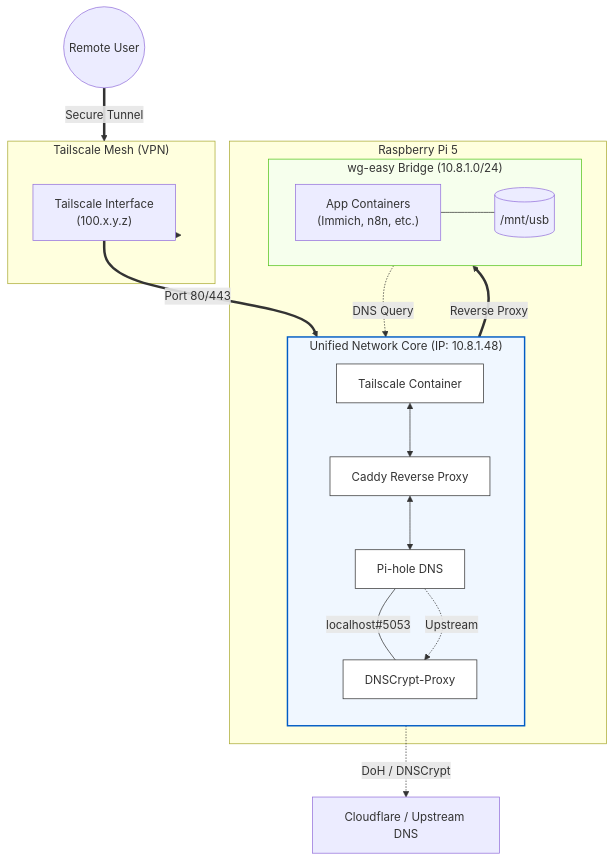
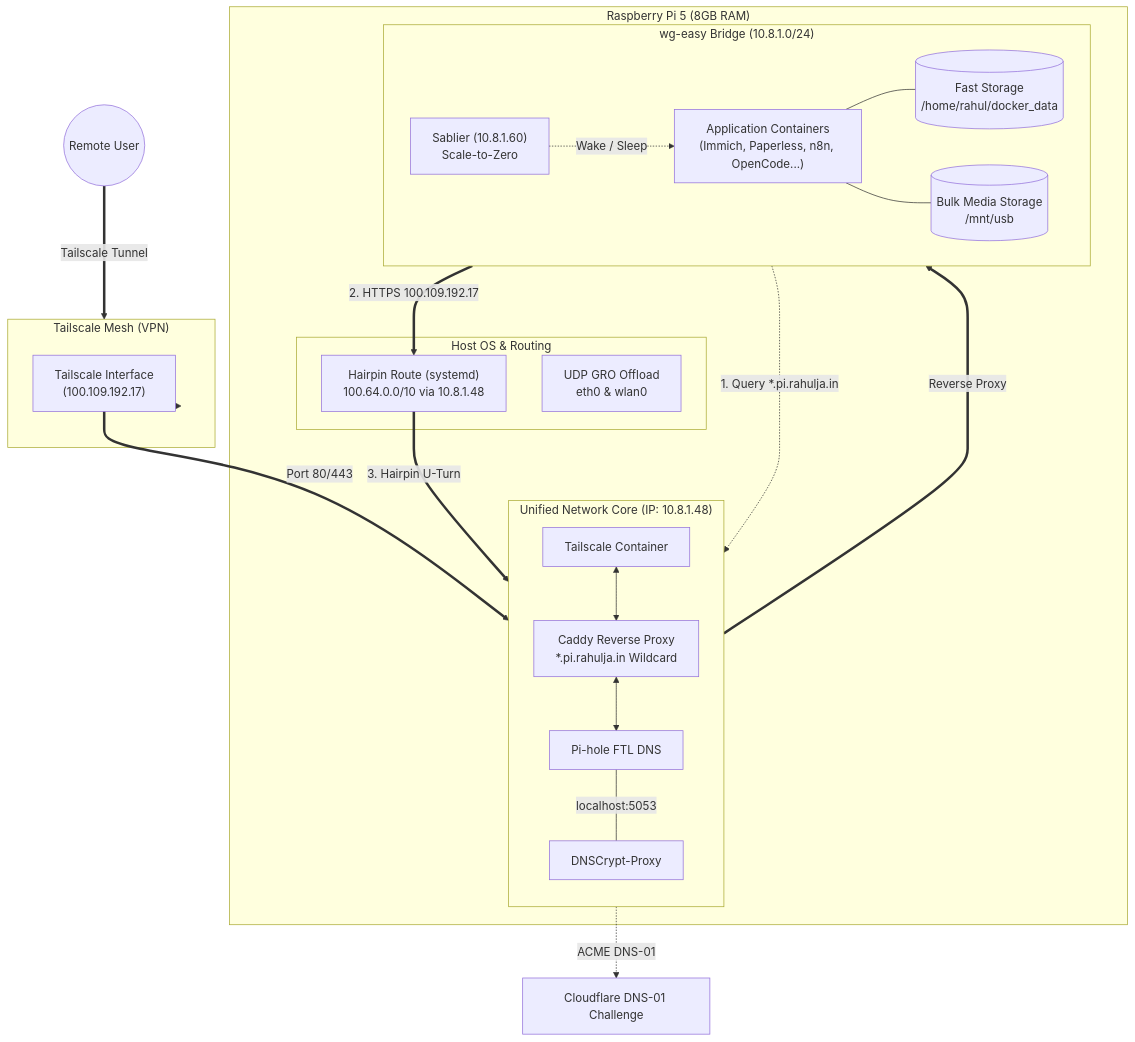
Before and after one commit to xRahul/Pi-setup: the diagram in README.md, drawn with Mermaid. The commit also changed other lines of this file and 2 other files, not shown here.

First line of the commit message:
docs(homelab): document hairpin routing, wildcard ssl, and memory governance

````diff
--- a/README.md
+++ b/README.md
@@ -19,57 +30,57 @@
 ```mermaid
 graph TD
     %% --- External ---
     User((Remote User))
-    CF_DNS[Cloudflare / Upstream DNS]
+    CF_DNS[Cloudflare DNS-01 Challenge]
 
     subgraph TS_Mesh ["Tailscale Mesh (VPN)"]
-        TS_Interface["Tailscale Interface<br/>(100.x.y.z)"]
+        TS_Interface["Tailscale Interface<br/>(100.109.192.17)"]
     end
 
     %% --- The Server ---
-    subgraph RPi ["Raspberry Pi 5"]
+    subgraph RPi ["Raspberry Pi 5 (8GB RAM)"]
         
+        subgraph Host_Kernel ["Host OS & Routing"]
+            HairpinRoute["Hairpin Route (systemd)<br/>100.64.0.0/10 via 10.8.1.48"]
+            GRO["UDP GRO Offload<br/>eth0 & wlan0"]
+        end
+
         subgraph Unified_Core ["Unified Network Core (IP: 10.8.1.48)"]
             direction TB
             TS_Client[Tailscale Container]
-            Caddy[Caddy Reverse Proxy]
-            Pihole[Pi-hole DNS]
+            Caddy[Caddy Reverse Proxy<br/>*.pi.rahulja.in Wildcard]
+            Pihole[Pi-hole FTL DNS]
             DNSCrypt[DNSCrypt-Proxy]
             
             %% Internal Core Links
             TS_Client <--> Caddy
             Caddy <--> Pihole
-            Pihole ---|localhost#5053| DNSCrypt
+            Pihole ---|localhost:5053| DNSCrypt
         end
 
         subgraph Bridge_Net ["wg-easy Bridge (10.8.1.0/24)"]
             direction LR
-            Apps["App Containers<br/>(Immich, n8n, etc.)"]
-            Storage[("/mnt/usb")]
+            Sablier["Sablier (10.8.1.60)<br/>Scale-to-Zero"]
+            Apps["Application Containers<br/>(Immich, Paperless, n8n, OpenCode...)"]
+            NVMe[("Fast Storage<br/>/home/rahul/docker_data")]
+            USB[("Bulk Media Storage<br/>/mnt/usb")]
         end
     end
 
     %% --- Traffic Flows ---
-    
-    %% Flow 1: External Access
-    User ==>|Secure Tunnel| TS_Mesh
+    User ==>|Tailscale Tunnel| TS_Mesh
     TS_Mesh ==> TS_Interface
     TS_Interface ==>|Port 80/443| Caddy
     Caddy ==>|Reverse Proxy| Apps
+    Caddy -.->|ACME DNS-01| CF_DNS
 
-    %% Flow 2: Internal DNS
-    Apps -.->|DNS Query| Pihole
-    Pihole -.->|Upstream| DNSCrypt
-    DNSCrypt -.->|DoH / DNSCrypt| CF_DNS
-    
-    %% Flow 3: Storage
-    Apps --- Storage
-    
-    %% Styling
-    style Unified_Core fill:#f0f7ff,stroke:#005cc5,stroke-width:2px
-    style TS_Client fill:#fff,stroke:#333
-    style Caddy fill:#fff,stroke:#333
-    style Pihole fill:#fff,stroke:#333
-    style DNSCrypt fill:#fff,stroke:#333
-    style Bridge_Net fill:#f6ffed,stroke:#52c41a
+    %% Local Hairpin Flow
+    Apps -.->|1. Query *.pi.rahulja.in| Pihole
+    Apps ==>|2. HTTPS 100.109.192.17| HairpinRoute
+    HairpinRoute ==>|3. Hairpin U-Turn| Caddy
+
+    %% Storage & Scale
+    Sablier -.->|Wake / Sleep| Apps
+    Apps --- NVMe
+    Apps --- USB
 ```
````
